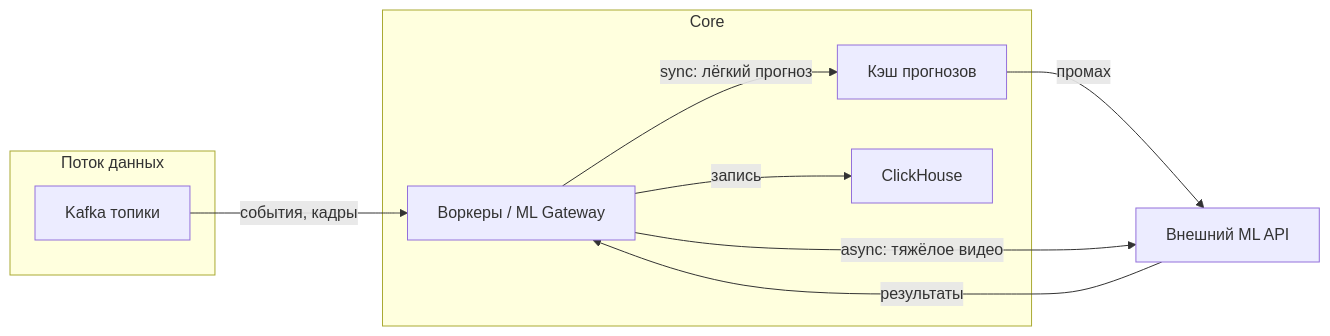
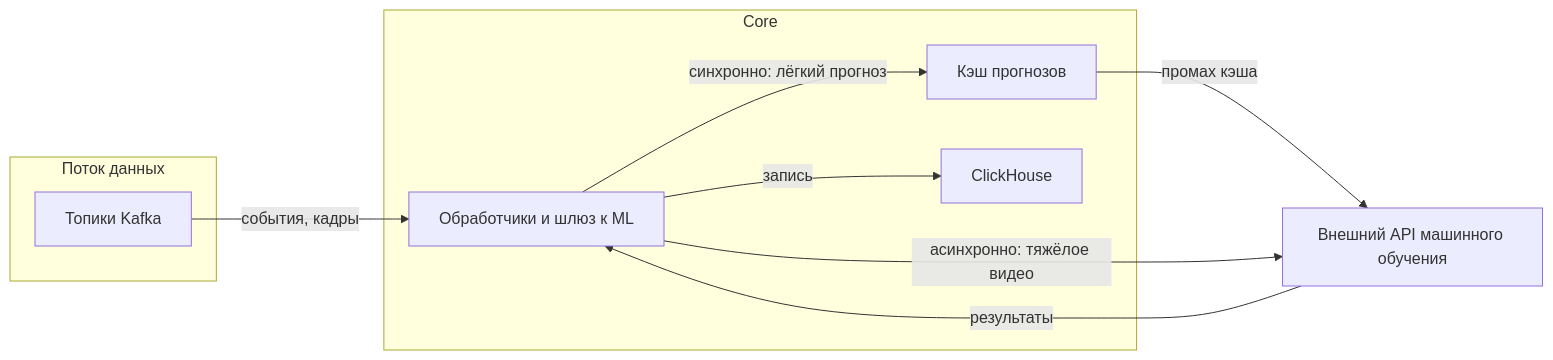
The diagram in validation-scaling.md (Phund4/its-project), drawn with Mermaid before and after one commit. The commit also changed other lines of this file, not shown here.

````diff
--- a/validation-scaling.md
+++ b/validation-scaling.md
@@ -108,21 +106,21 @@
 ```mermaid
 flowchart LR
   subgraph ingest [Поток данных]
-    kafka["Kafka топики"]
+    kafka["Топики Kafka"]
   end
 
   subgraph core [Core]
-    workers["Воркеры / ML Gateway"]
+    workers["Обработчики и шлюз к ML"]
     cache["Кэш прогнозов"]
     ch["ClickHouse"]
   end
 
-  ml["Внешний ML API"]
+  ml["Внешний API машинного обучения"]
 
   kafka -->|"события, кадры"| workers
-  workers -->|"sync: лёгкий прогноз"| cache
-  cache -->|"промах"| ml
-  workers -->|"async: тяжёлое видео"| ml
+  workers -->|"синхронно: лёгкий прогноз"| cache
+  cache -->|"промах кэша"| ml
+  workers -->|"асинхронно: тяжёлое видео"| ml
   ml -->|"результаты"| workers
   workers -->|"запись"| ch
 ```
````
